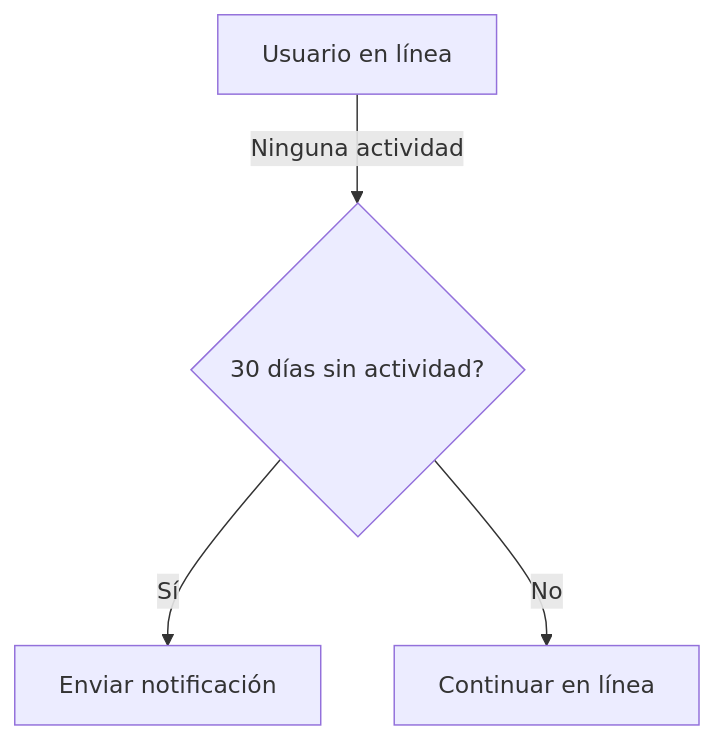
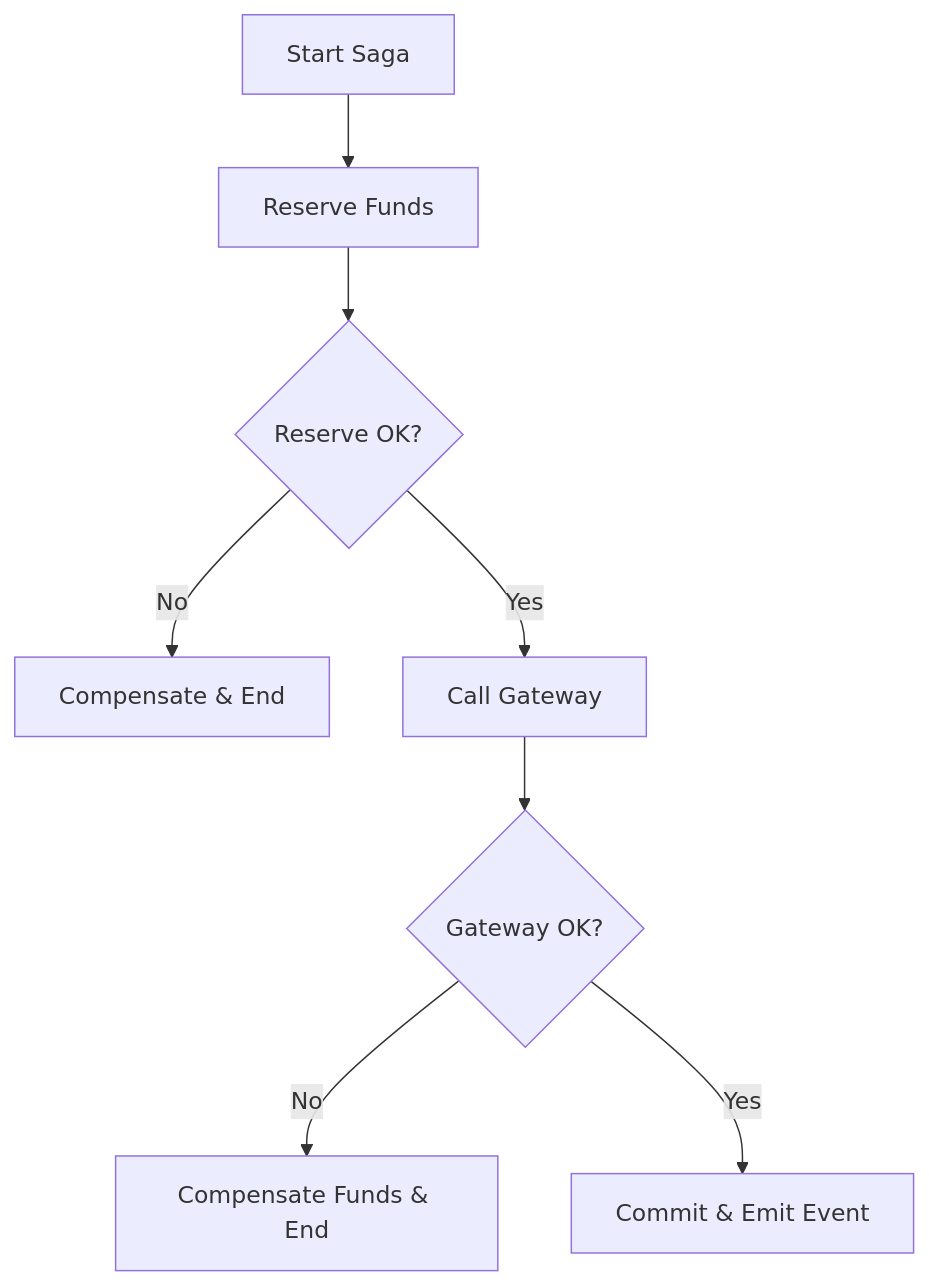
Before and after one commit to Joaquinriosheredia/DAM-Java-Mastery: the seventh of 8 diagrams in _Review/arquitectura_fintech_y_sistemas_transaccionales/arquitectura_fintech_y_sistemas_transaccionales.md, drawn with Mermaid. The commit also changed other lines of this file, not shown here.

````diff
--- a/_Review/arquitectura_fintech_y_sistemas_transaccionales/arquitectura_fintech_y_sistemas_transaccionales.md
+++ b/_Review/arquitectura_fintech_y_sistemas_transaccionales/arquitectura_fintech_y_sistemas_transaccionales.md
@@ -825,6 +462,10 @@
 ```mermaid
 graph TD
-    A[Usuario en línea] -->|Ninguna actividad| B{30 días sin actividad?};
-    B -- Sí --> C[Enviar notificación];
-    B -- No --> D[Continuar en línea];
+    A[Start Saga] --> B[Reserve Funds]
+    B --> C{Reserve OK?}
+    C -->|No| D[Compensate & End]
+    C -->|Yes| E[Call Gateway]
+    E --> F{Gateway OK?}
+    F -->|No| G[Compensate Funds & End]
+    F -->|Yes| H[Commit & Emit Event]
 ```
````
